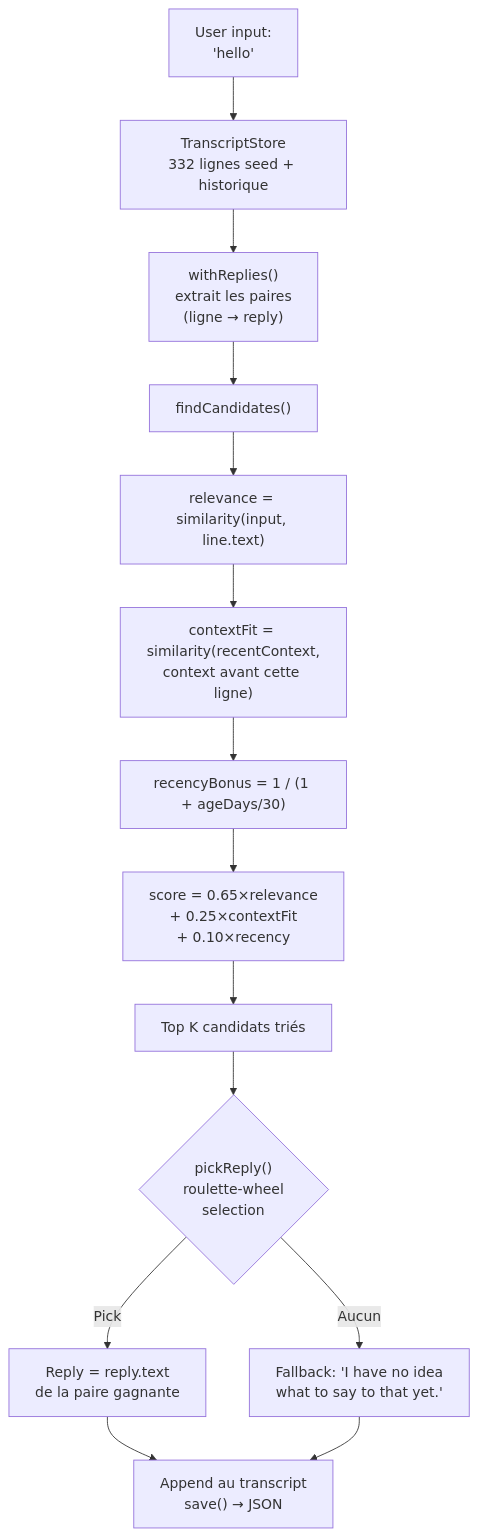
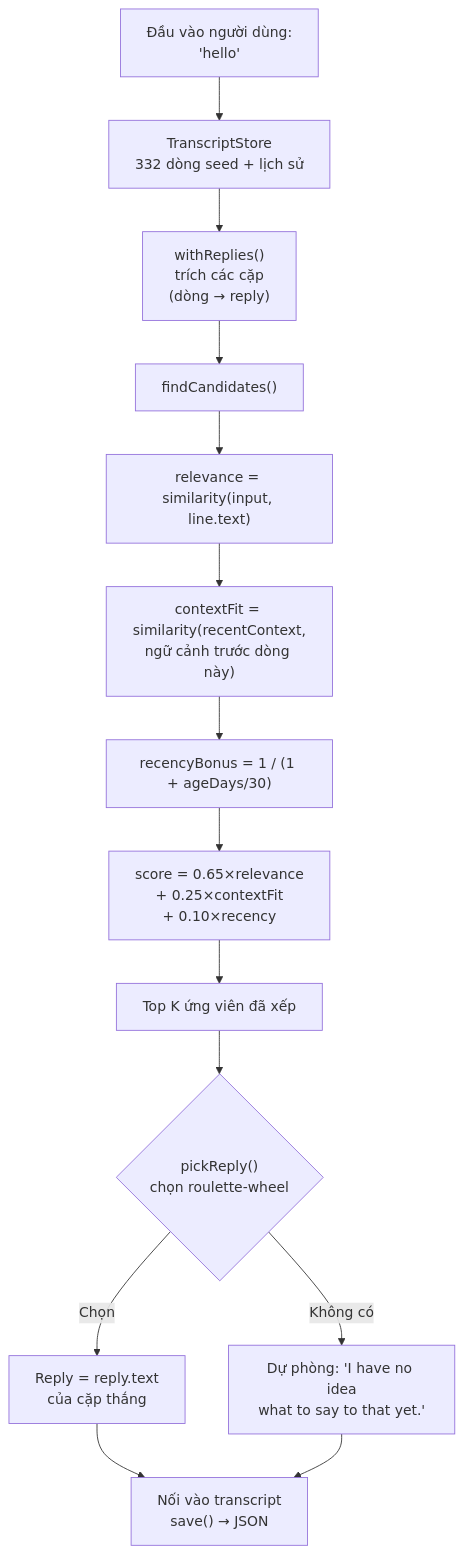
One commit to fox3000foxy/fox3000foxy.github.io changed the second of 2 diagrams in public/articles/vi/from-eliza-to-llm-chatbots-typescript.md. Above: the diagram before and after it, drawn with Mermaid. The commit also changed other lines of this file and 576 other files, not shown here.

````diff
--- a/public/articles/vi/from-eliza-to-llm-chatbots-typescript.md
+++ b/public/articles/vi/from-eliza-to-llm-chatbots-typescript.md
@@ -308,16 +307,16 @@
 ```mermaid
 flowchart TD
-    A["User input:<br>'hello'"] --> B["TranscriptStore<br>332 lignes seed + historique"]
-    B --> C["withReplies()<br>extrait les paires<br>(ligne → reply)"]
+    A["Đầu vào người dùng:<br>'hello'"] --> B["TranscriptStore<br>332 dòng seed + lịch sử"]
+    B --> C["withReplies()<br>trích các cặp<br>(dòng → reply)"]
     C --> D["findCandidates()"]
     D --> E["relevance = similarity(input, line.text)"]
-    E --> F["contextFit = similarity(recentContext,<br>context avant cette ligne)"]
+    E --> F["contextFit = similarity(recentContext,<br>ngữ cảnh trước dòng này)"]
     F --> G["recencyBonus = 1 / (1 + ageDays/30)"]
     G --> H["score = 0.65×relevance<br>+ 0.25×contextFit<br>+ 0.10×recency"]
-    H --> I["Top K candidats triés"]
-    I --> J{"pickReply()<br>roulette-wheel<br>selection"}
-    J -->|"Pick"| K["Reply = reply.text<br>de la paire gagnante"]
-    J -->|"Aucun"| L["Fallback: 'I have no idea<br>what to say to that yet.'"]
-    K --> M["Append au transcript<br>save() → JSON"]
+    H --> I["Top K ứng viên đã xếp"]
+    I --> J{"pickReply()<br>chọn roulette-wheel"}
+    J -->|"Chọn"| K["Reply = reply.text<br>của cặp thắng"]
+    J -->|"Không có"| L["Dự phòng: 'I have no idea<br>what to say to that yet.'"]
+    K --> M["Nối vào transcript<br>save() → JSON"]
     L --> M
 ```
````
